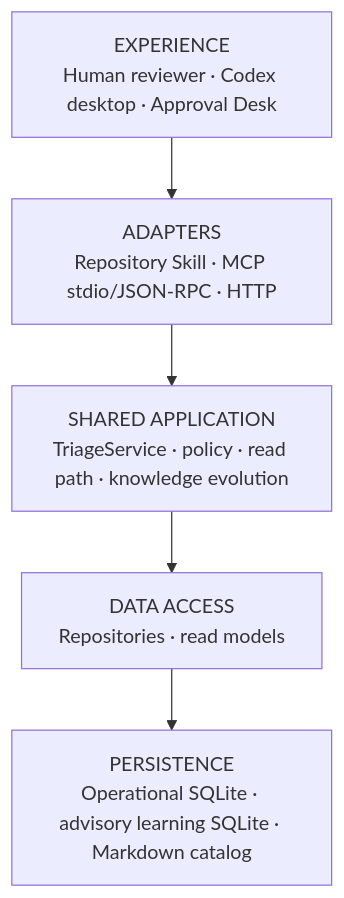
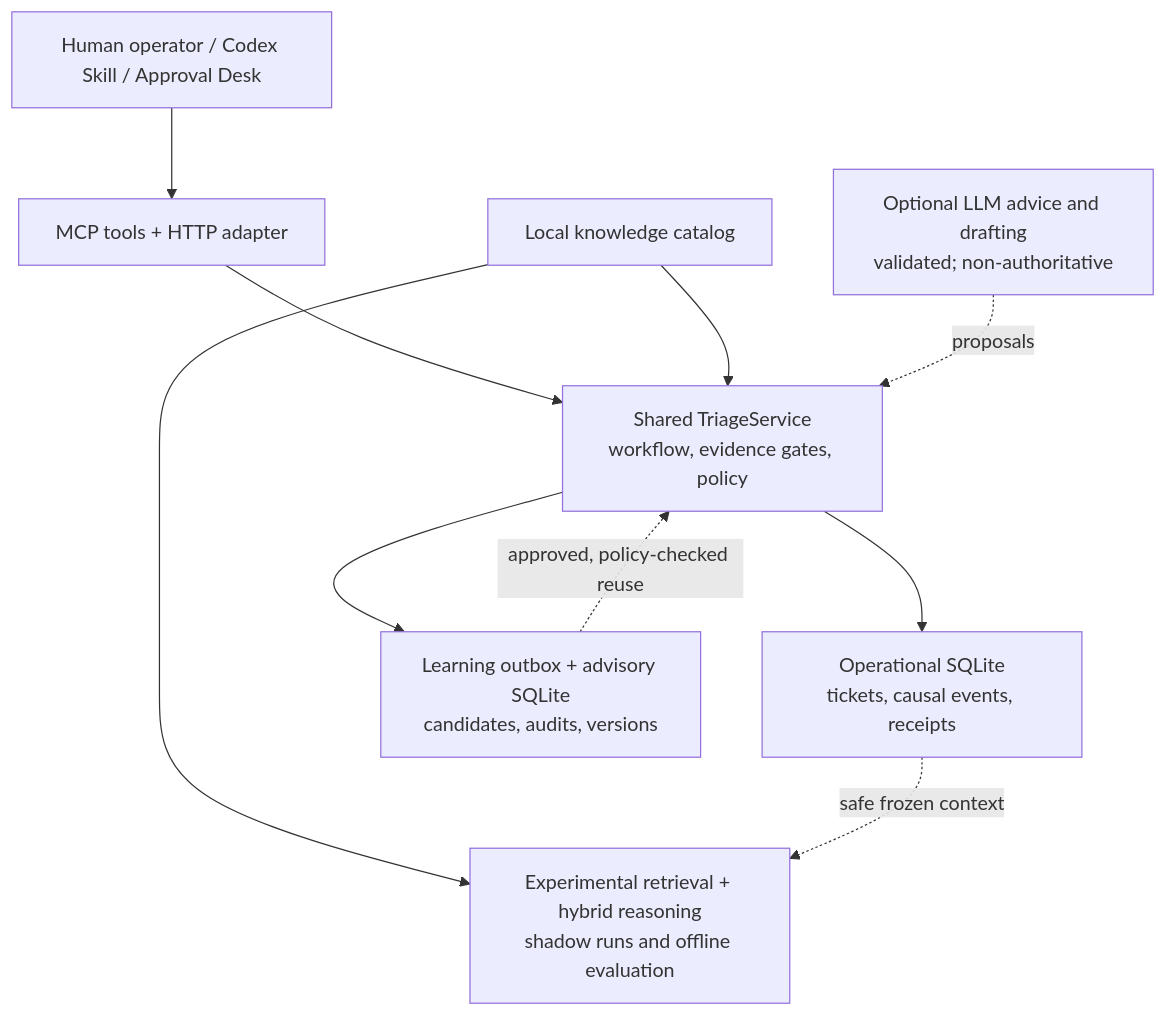
One commit to MatiasLaukka/Support-Ticket-Triage-MCP changed the diagram in README.md. Above: the diagram before and after it, drawn with Mermaid. The commit also changed other lines of this file, not shown here.

Commit message:
docs: restructure Knotty README around project evolution and verified engineering boundaries

````diff
--- a/README.md
+++ b/README.md
@@ -89,10 +106,20 @@
-```mermaid
+~~~mermaid
 flowchart TB
-    Experience["EXPERIENCE<br/>Human reviewer · Codex desktop · Approval Desk"]
-    Adapters["ADAPTERS<br/>Repository Skill · MCP stdio/JSON-RPC · HTTP"]
-    Application["SHARED APPLICATION<br/>TriageService · policy · read path · knowledge evolution"]
-    DataAccess["DATA ACCESS<br/>Repositories · read models"]
-    Persistence["PERSISTENCE<br/>Operational SQLite · advisory learning SQLite · Markdown catalog"]
+    Operator["Human operator / Codex Skill / Approval Desk"]
+    Adapters["MCP tools + HTTP adapter"]
+    Service["Shared TriageService<br/>workflow, evidence gates, policy"]
+    Store["Operational SQLite<br/>tickets, causal events, receipts"]
+    Catalog["Local knowledge catalog"]
+    AI["Optional LLM advice and drafting<br/>validated; non-authoritative"]
+    Learning["Learning outbox + advisory SQLite<br/>candidates, audits, versions"]
+    Shadow["Experimental retrieval + hybrid reasoning<br/>shadow runs and offline evaluation"]
 
-    Experience --> Adapters --> Application --> DataAccess --> Persistence
-```
+    Operator --> Adapters --> Service
+    Catalog --> Service
+    AI -. "proposals" .-> Service
+    Service --> Store
+    Service --> Learning
+    Catalog --> Shadow
+    Store -. "safe frozen context" .-> Shadow
+    Learning -. "approved, policy-checked reuse" .-> Service
+~~~
````
